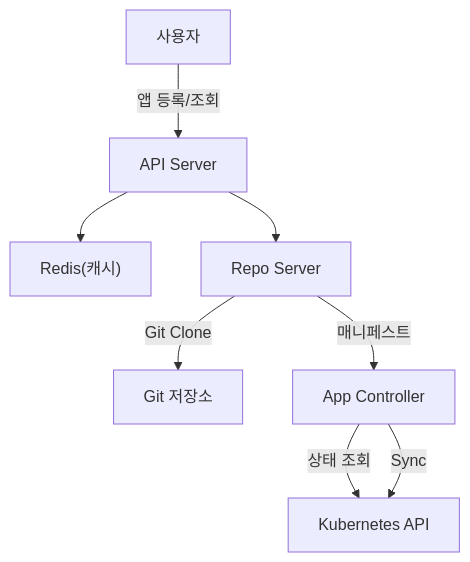
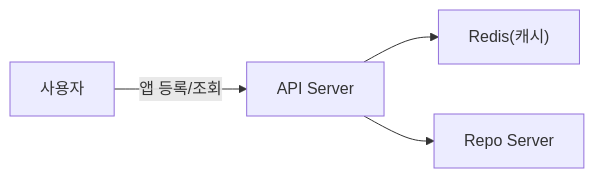
The third of 7 diagrams in _posts/cicd/2026-05-03-gitops-argocd.md (yjkim2015/yjkim2015.github.io), drawn with Mermaid before and after one commit. The commit also changed other lines of this file and 132 other files, not shown here.

First line of the commit message:
Mermaid 다이어그램 가독성 정리: 단순 제거, 노드 축소, TD→LR 변환

````diff
--- a/_posts/cicd/2026-05-03-gitops-argocd.md
+++ b/_posts/cicd/2026-05-03-gitops-argocd.md
@@ -83,10 +79,6 @@
 ```mermaid
-graph TB
+graph LR
     USER["사용자"] -->|"앱 등록/조회"| API["API Server"]
     API --> REDIS["Redis(캐시)"]
     API --> REPO["Repo Server"]
-    REPO -->|"Git Clone"| GIT["Git 저장소"]
-    REPO -->|"매니페스트"| CTRL["App Controller"]
-    CTRL -->|"상태 조회"| K8S["Kubernetes API"]
-    CTRL -->|"Sync"| K8S
 ```
````
